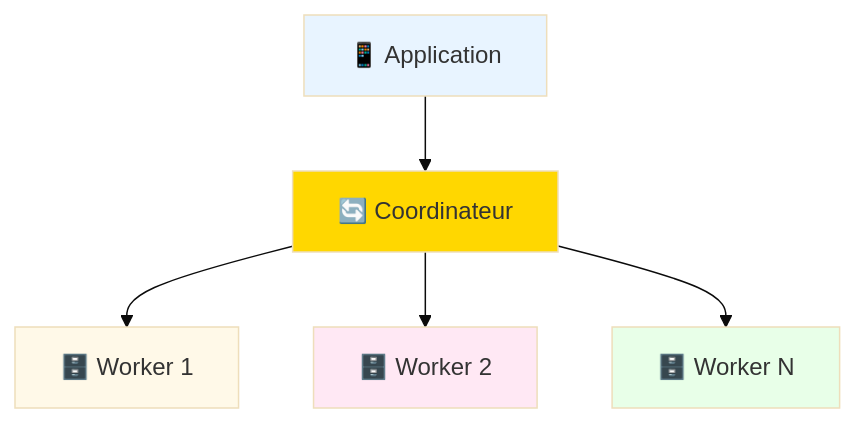
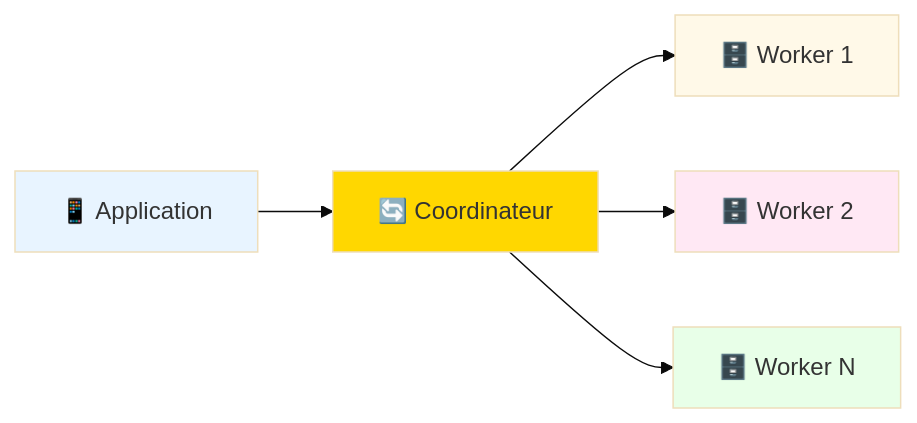
Before and after one commit to fpetitit/formation-back-front: diagram 29 of 37 in slides.md, drawn with Mermaid (base theme). The commit also changed other lines of this file, not shown here.

````diff
--- a/slides.md
+++ b/slides.md
@@ -1472,13 +1382,13 @@
 ```mermaid
-graph TD
+graph LR
     A["📱 Application"] --> B["🔄 Coordinateur"]
     B --> C["🗄️ Worker 1"]
     B --> D["🗄️ Worker 2"]
     B --> E["🗄️ Worker N"]
 
     style A fill:#e8f4ff
     style B fill:#ffd700
     style C fill:#fff9e8
     style D fill:#ffe8f4
     style E fill:#e8ffe8
 ```
````
